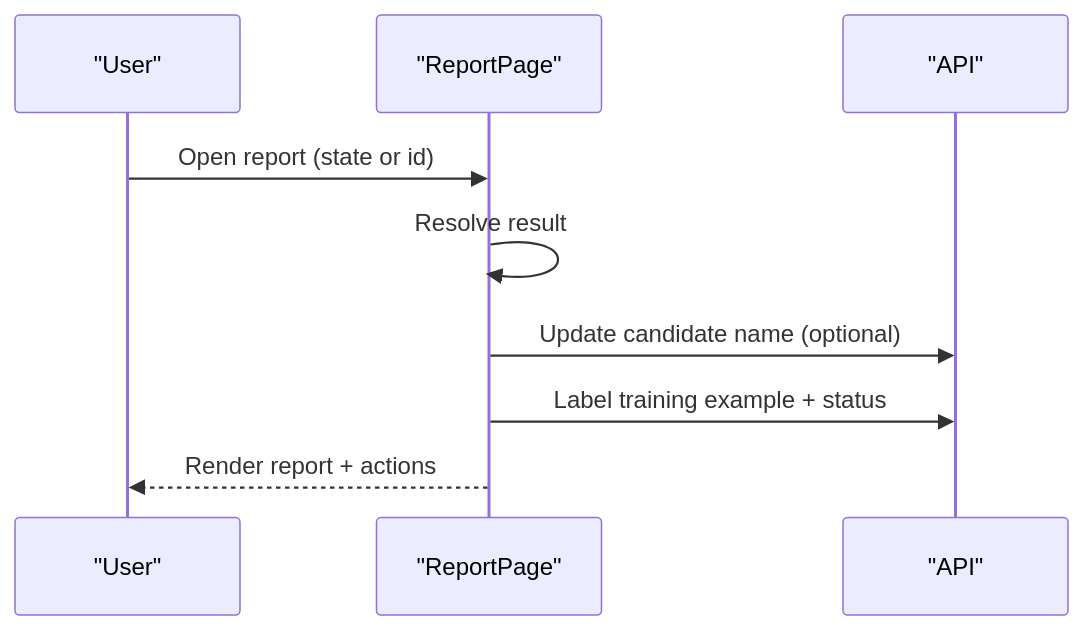
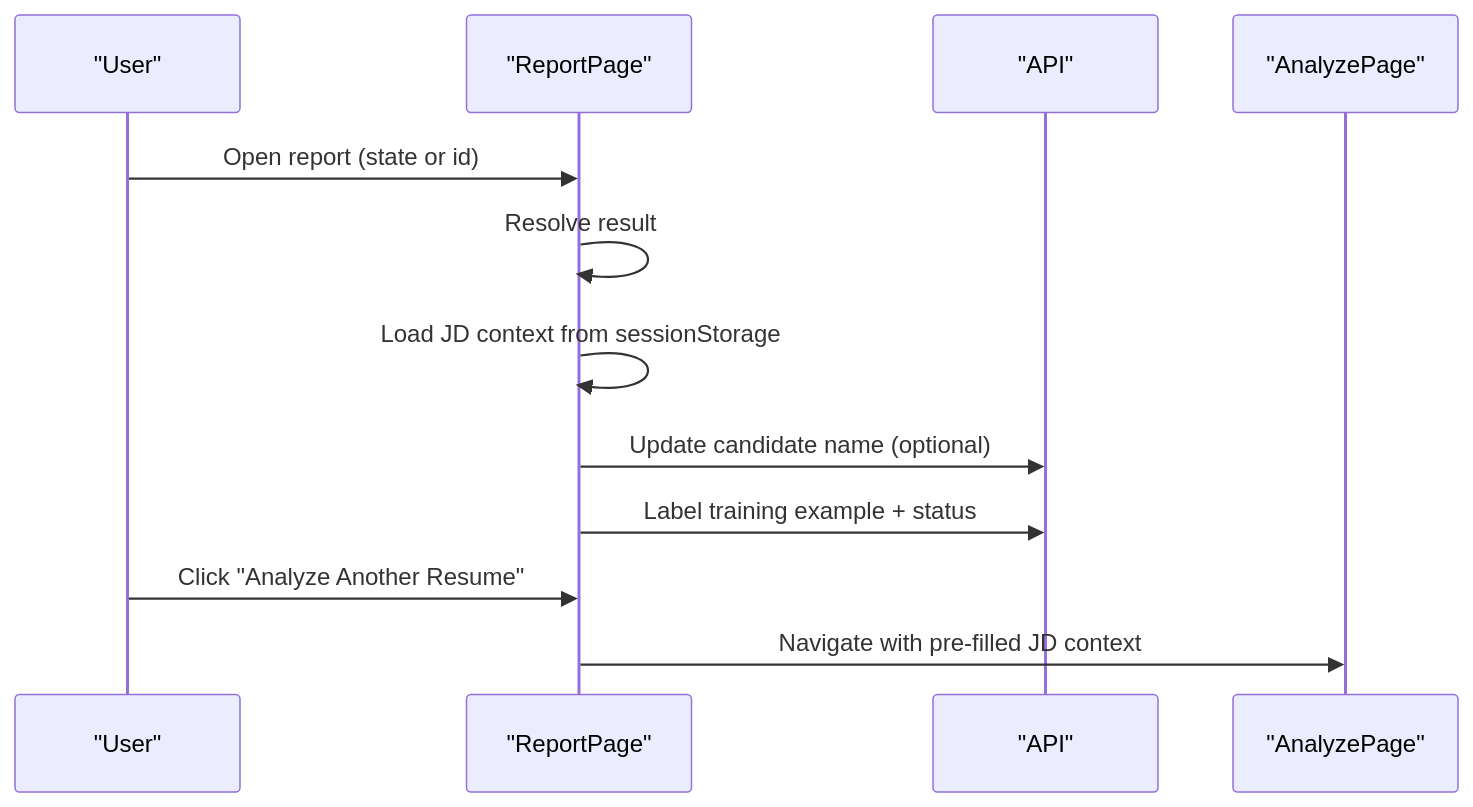
Before and after one commit to Revanththetalogics/aireume: the fifth of 13 diagrams in .qoder/repowiki/en/content/Frontend Architecture/Page Structure.md, drawn with Mermaid. The commit also changed other lines of this file and 15 other files, not shown here.

````diff
--- a/.qoder/repowiki/en/content/Frontend Architecture/Page Structure.md
+++ b/.qoder/repowiki/en/content/Frontend Architecture/Page Structure.md
@@ -239,11 +254,14 @@
 ```mermaid
 sequenceDiagram
 participant U as "User"
 participant RP as "ReportPage"
 participant API as "API"
+participant AP as "AnalyzePage"
 U->>RP : Open report (state or id)
 RP->>RP : Resolve result
+RP->>RP : Load JD context from sessionStorage
 RP->>API : Update candidate name (optional)
 RP->>API : Label training example + status
-RP-->>U : Render report + actions
+U->>RP : Click "Analyze Another Resume"
+RP->>AP : Navigate with pre-filled JD context
 ```
````
